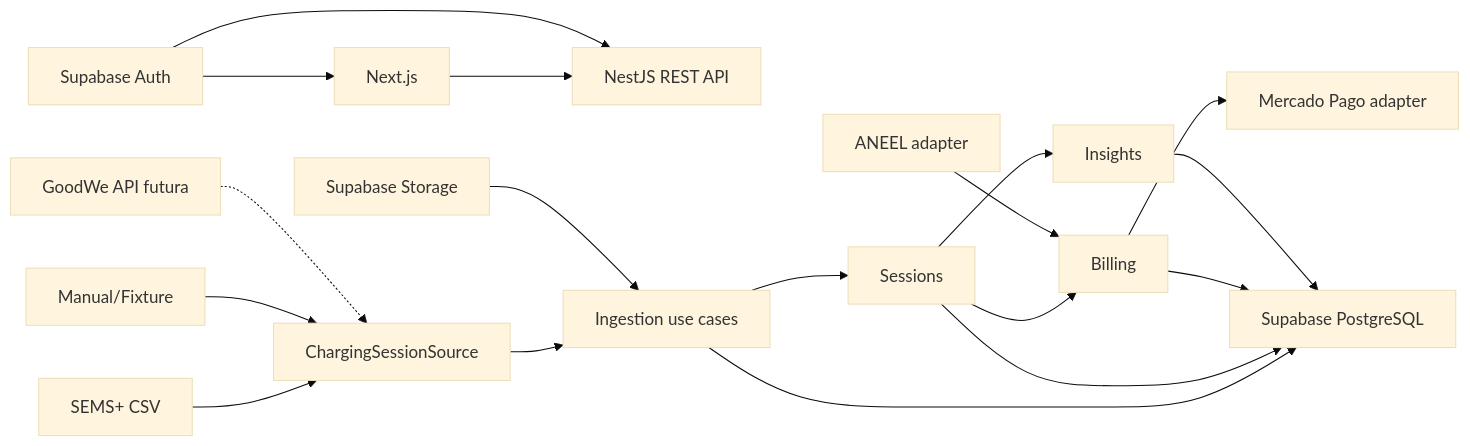
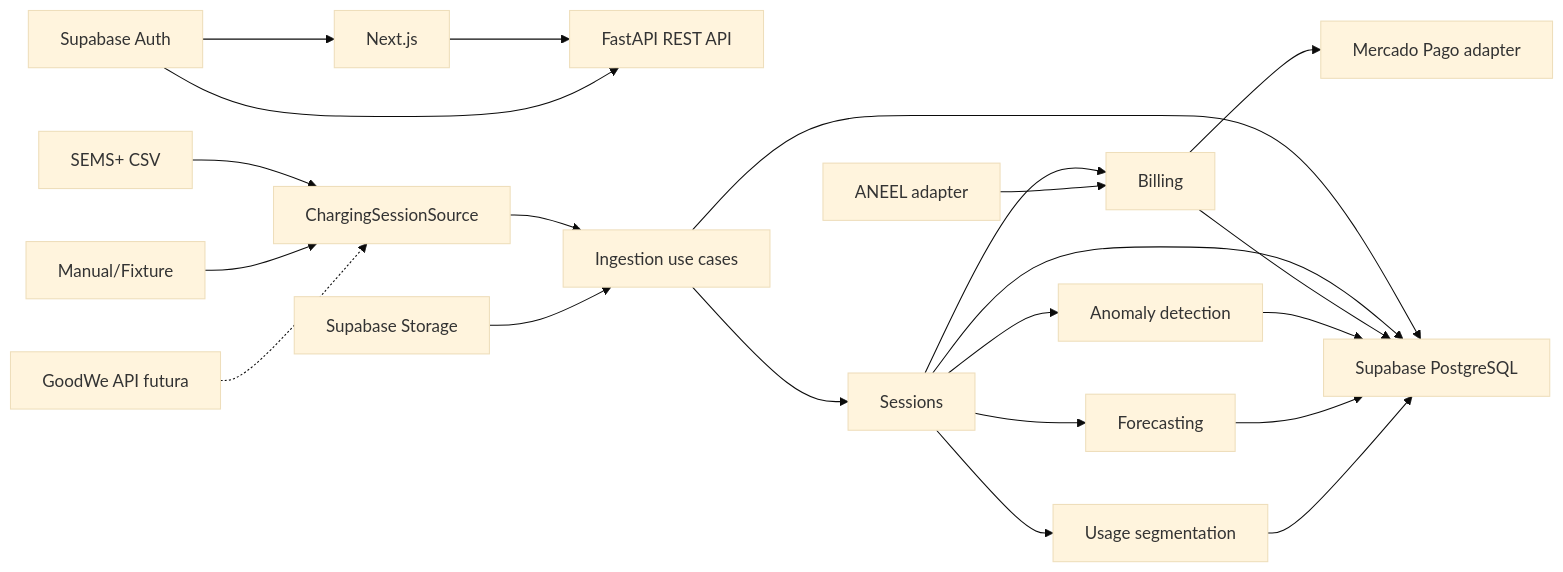
One commit to paulo-faulstich/ev-chargeops changed the diagram in docs/technical/ev-chargeops-architecture.md. Above: the diagram before and after it, drawn with Mermaid (base theme). The commit also changed other lines of this file and 7 other files, not shown here.

Commit message:
docs: adopt FastAPI backend for AI modules

````diff
--- a/docs/technical/ev-chargeops-architecture.md
+++ b/docs/technical/ev-chargeops-architecture.md
@@ -28,23 +29,27 @@
 ```mermaid
 flowchart LR
-    WEB["Next.js"] --> API["NestJS REST API"]
+    WEB["Next.js"] --> API["FastAPI REST API"]
     AUTH["Supabase Auth"] --> WEB
     AUTH --> API
 
     CSV["SEMS+ CSV"] --> PORT["ChargingSessionSource"]
     MANUAL["Manual/Fixture"] --> PORT
     FUTURE["GoodWe API futura"] -.-> PORT
     PORT --> INGEST["Ingestion use cases"]
 
     INGEST --> SESSIONS["Sessions"]
     SESSIONS --> BILLING["Billing"]
     TARIFF["ANEEL adapter"] --> BILLING
     BILLING --> PAYMENT["Mercado Pago adapter"]
-    SESSIONS --> INSIGHTS["Insights"]
+    SESSIONS --> ANOMALY["Anomaly detection"]
+    SESSIONS --> FORECAST["Forecasting"]
+    SESSIONS --> SEGMENT["Usage segmentation"]
 
     INGEST --> DB["Supabase PostgreSQL"]
     SESSIONS --> DB
     BILLING --> DB
-    INSIGHTS --> DB
+    ANOMALY --> DB
+    FORECAST --> DB
+    SEGMENT --> DB
     RAW["Supabase Storage"] --> INGEST
 ```
````
